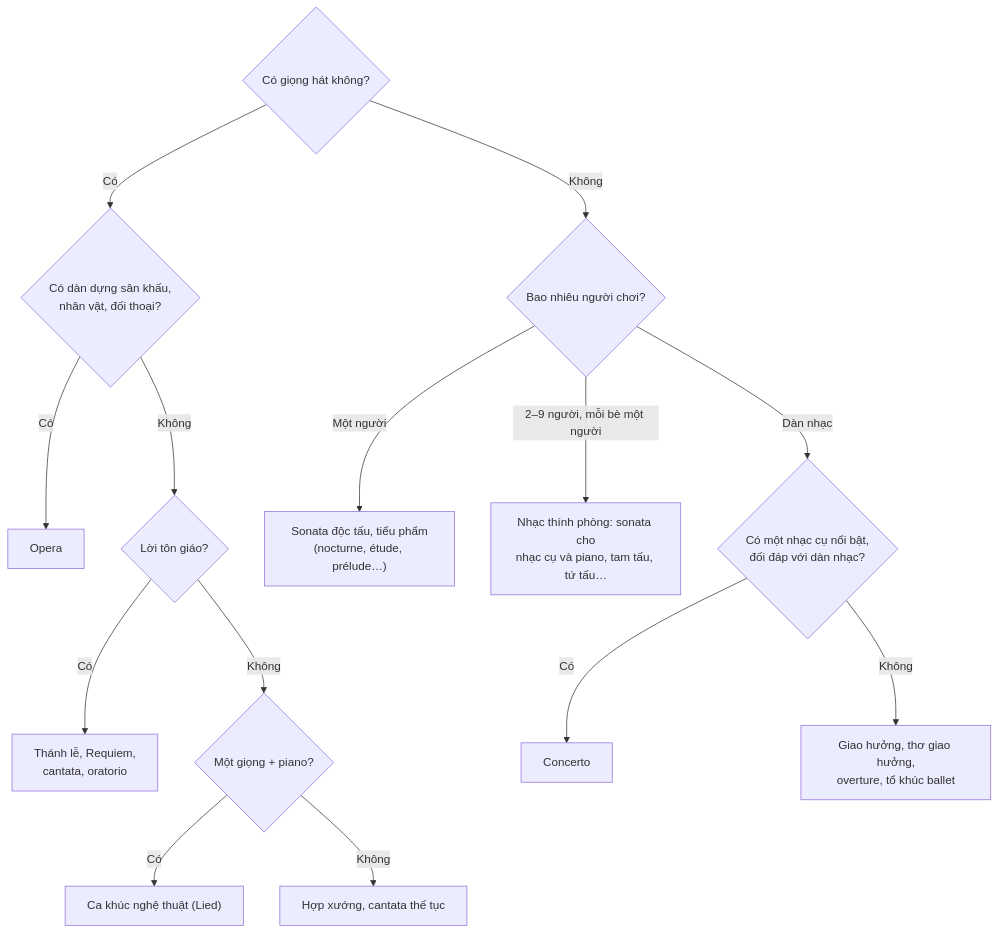
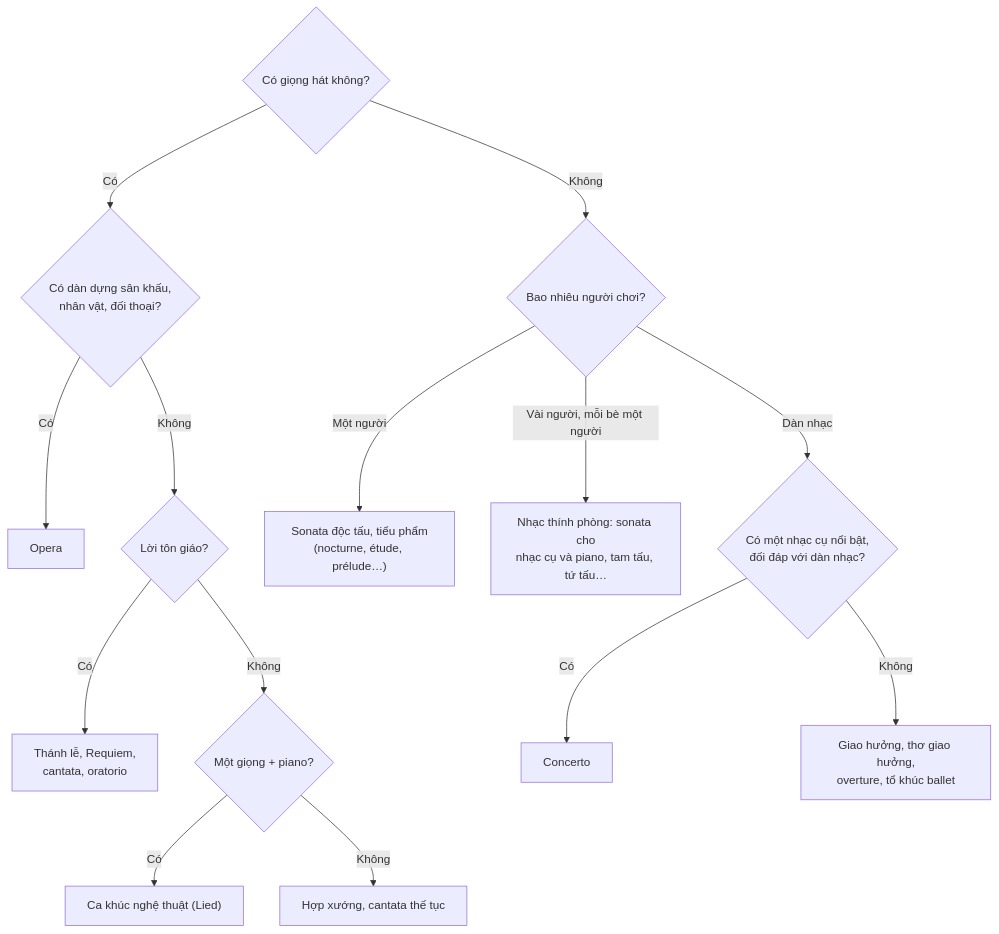
The diagram in src/content/docs/nhan-dien/the-loai.md (mtuann/opus), drawn with Mermaid before and after one commit. The commit also changed other lines of this file and 17 other files, not shown here.

````diff
--- a/src/content/docs/nhan-dien/the-loai.md
+++ b/src/content/docs/nhan-dien/the-loai.md
@@ -10,16 +10,16 @@
 ```mermaid
 flowchart TD
     A{"Có giọng hát không?"} -->|Có| B{"Có dàn dựng sân khấu,<br/>nhân vật, đối thoại?"}
     A -->|Không| G{"Bao nhiêu người chơi?"}
     B -->|Có| C["Opera"]
     B -->|Không| D{"Lời tôn giáo?"}
     D -->|Có| E["Thánh lễ, Requiem,<br/>cantata, oratorio"]
     D -->|Không| F{"Một giọng + piano?"}
     F -->|Có| F1["Ca khúc nghệ thuật (Lied)"]
     F -->|Không| F2["Hợp xướng, cantata thế tục"]
     G -->|"Một người"| H["Sonata độc tấu, tiểu phẩm<br/>(nocturne, étude, prélude…)"]
-    G -->|"2–9 người, mỗi bè một người"| I["Nhạc thính phòng: sonata cho<br/>nhạc cụ và piano, tam tấu, tứ tấu…"]
+    G -->|"Vài người, mỗi bè một người"| I["Nhạc thính phòng: sonata cho<br/>nhạc cụ và piano, tam tấu, tứ tấu…"]
     G -->|"Dàn nhạc"| J{"Có một nhạc cụ nổi bật,<br/>đối đáp với dàn nhạc?"}
     J -->|Có| K["Concerto"]
     J -->|Không| L["Giao hưởng, thơ giao hưởng,<br/>overture, tổ khúc ballet"]
 ```
````
